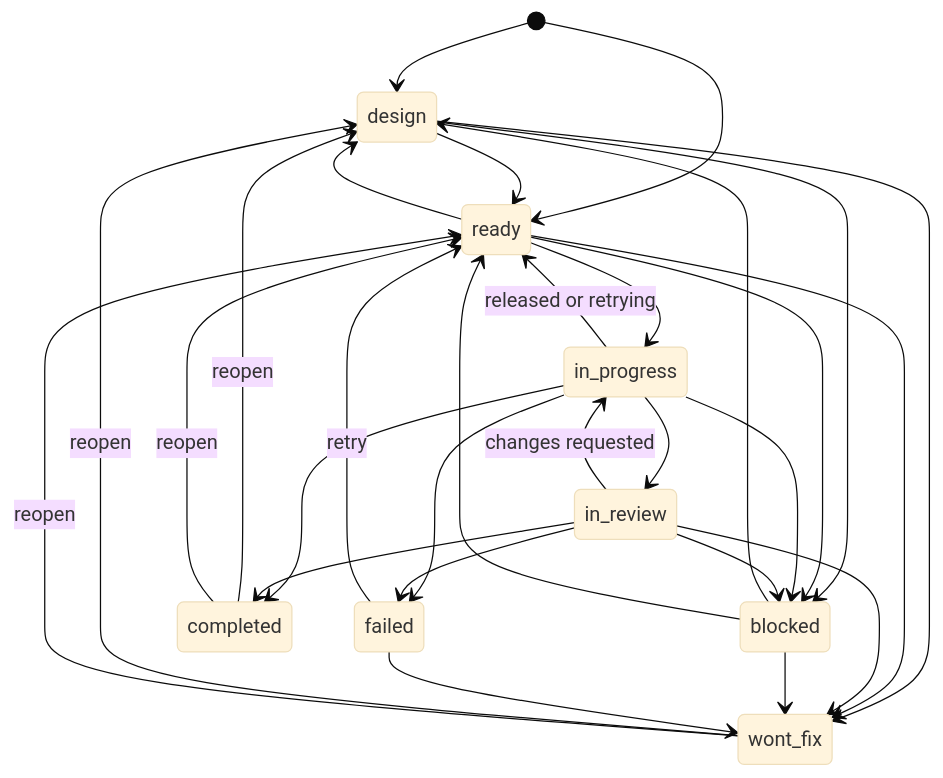
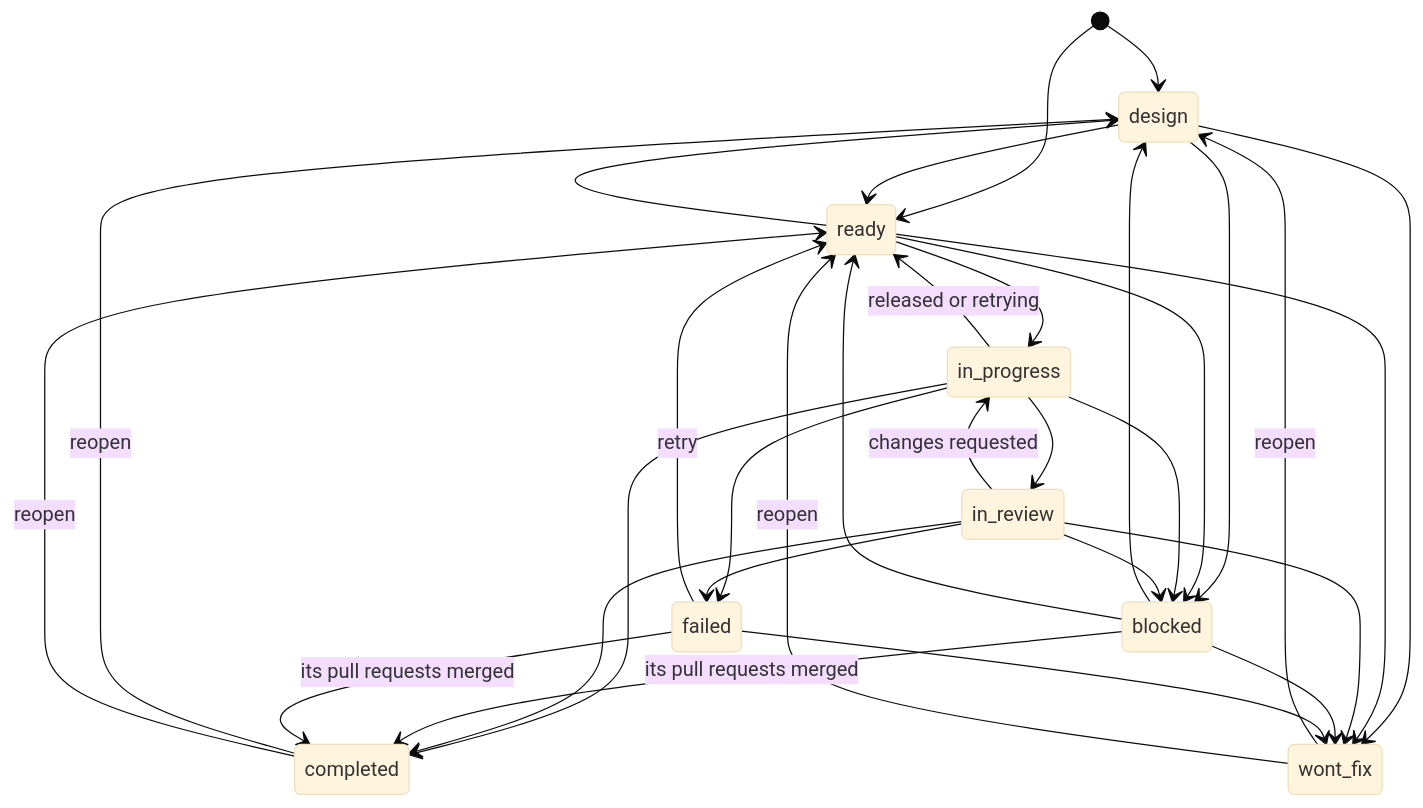
The diagram in docs/architecture/work.md (autobutler-org/factory), drawn with Mermaid (base theme) before and after one commit. The commit also changed other lines of this file and 11 other files, not shown here.

First line of the commit message:
88: fix(88): complete a failed or blocked item when its pull request merges (#92)

````diff
--- a/docs/architecture/work.md
+++ b/docs/architecture/work.md
@@ -23,31 +23,33 @@
 ```mermaid
 stateDiagram-v2
     [*] --> design
     [*] --> ready
     design --> ready
     design --> blocked
     design --> wont_fix
     ready --> in_progress
     ready --> design
     ready --> blocked
     ready --> wont_fix
     in_progress --> in_review
     in_progress --> ready: released or retrying
     in_progress --> blocked
     in_progress --> failed
     in_progress --> completed
     in_review --> in_progress: changes requested
     in_review --> completed
     in_review --> blocked
     in_review --> failed
     in_review --> wont_fix
     blocked --> design
     blocked --> ready
     blocked --> wont_fix
+    blocked --> completed: its pull requests merged
     failed --> ready: retry
     failed --> wont_fix
+    failed --> completed: its pull requests merged
     completed --> design: reopen
     completed --> ready: reopen
     wont_fix --> design: reopen
     wont_fix --> ready: reopen
 ```
````
